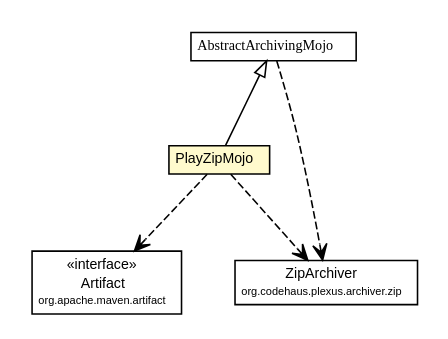
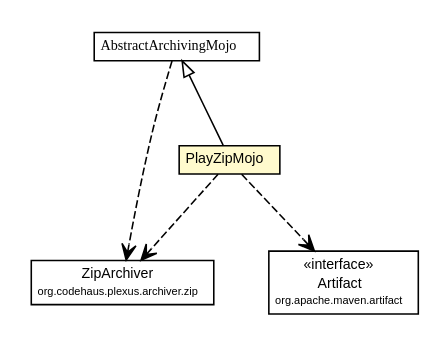
Before and after one commit to play1-maven-plugin/play1-maven-plugin.github.io: the diagram in play1-maven-plugin/1.0.0-beta8-SNAPSHOT/play-maven-plugin/apidocs/com/google/code/play/PlayZipMojo.dot, drawn with Graphviz. The commit also changed 314 other files, not shown here.

Commit message:
"play-maven-plugin" site for version "1.0.0-beta8-SNAPSHOT" updated.

```diff
--- a/play1-maven-plugin/1.0.0-beta8-SNAPSHOT/play-maven-plugin/apidocs/com/google/code/play/PlayZipMojo.dot
+++ b/play1-maven-plugin/1.0.0-beta8-SNAPSHOT/play-maven-plugin/apidocs/com/google/code/play/PlayZipMojo.dot
@@ -1,47 +1,47 @@
 #!/usr/local/bin/dot
 #
 # Class diagram 
 # Generated by UMLGraph version R5_6-24-gf6e263 (http://www.umlgraph.org/)
 #
 
 digraph G {
 	edge [fontname="arial",fontsize=10,labelfontname="arial",labelfontsize=10];
 	node [fontname="arial",fontsize=10,shape=plaintext];
 	nodesep=0.25;
 	ranksep=0.5;
 	// com.google.code.play.PlayZipMojo
 	c1276 [label=<<table title="com.google.code.play.PlayZipMojo" border="0" cellborder="1" cellspacing="0" cellpadding="2" port="p" bgcolor="lemonChiffon" href="./PlayZipMojo.html">
 		<tr><td><table border="0" cellspacing="0" cellpadding="1">
 <tr><td align="center" balign="center"> PlayZipMojo </td></tr>
 		</table></td></tr>
 		</table>>, URL="./PlayZipMojo.html", fontname="arial", fontcolor="black", fontsize=9.0];
 	// com.google.code.play.AbstractArchivingMojo
 	c1305 [label=<<table title="com.google.code.play.AbstractArchivingMojo" border="0" cellborder="1" cellspacing="0" cellpadding="2" port="p" href="./AbstractArchivingMojo.html">
 		<tr><td><table border="0" cellspacing="0" cellpadding="1">
 <tr><td align="center" balign="center"><font face="arial italic"> AbstractArchivingMojo </font></td></tr>
 		</table></td></tr>
 		</table>>, URL="./AbstractArchivingMojo.html", fontname="arial", fontcolor="black", fontsize=9.0];
 	//com.google.code.play.PlayZipMojo extends com.google.code.play.AbstractArchivingMojo
 	c1305:p -> c1276:p [dir=back,arrowtail=empty];
+	// com.google.code.play.PlayZipMojo DEPEND org.codehaus.plexus.archiver.zip.ZipArchiver
+	c1276:p -> c1308:p [taillabel="", label="", headlabel="", fontname="arial", fontcolor="black", fontsize=10.0, color="black", arrowhead=open, style=dashed];
 	// com.google.code.play.PlayZipMojo DEPEND org.apache.maven.artifact.Artifact
-	c1276:p -> c1308:p [taillabel="", label="", headlabel="", fontname="arial", fontcolor="black", fontsize=10.0, color="black", arrowhead=open, style=dashed];
-	// com.google.code.play.PlayZipMojo DEPEND org.codehaus.plexus.archiver.zip.ZipArchiver
 	c1276:p -> c1309:p [taillabel="", label="", headlabel="", fontname="arial", fontcolor="black", fontsize=10.0, color="black", arrowhead=open, style=dashed];
 	// com.google.code.play.AbstractArchivingMojo DEPEND org.codehaus.plexus.archiver.zip.ZipArchiver
-	c1305:p -> c1309:p [taillabel="", label="", headlabel="", fontname="arial", fontcolor="black", fontsize=10.0, color="black", arrowhead=open, style=dashed];
+	c1305:p -> c1308:p [taillabel="", label="", headlabel="", fontname="arial", fontcolor="black", fontsize=10.0, color="black", arrowhead=open, style=dashed];
 	// org.apache.maven.artifact.Artifact
-	c1308 [label=<<table title="org.apache.maven.artifact.Artifact" border="0" cellborder="1" cellspacing="0" cellpadding="2" port="p" href="http://maven.apache.org/ref/2.2.1/maven-artifact/apidocs/org/apache/maven/artifact/Artifact.html">
+	c1309 [label=<<table title="org.apache.maven.artifact.Artifact" border="0" cellborder="1" cellspacing="0" cellpadding="2" port="p" href="http://maven.apache.org/ref/2.2.1/maven-artifact/apidocs/org/apache/maven/artifact/Artifact.html">
 		<tr><td><table border="0" cellspacing="0" cellpadding="1">
 <tr><td align="center" balign="center"> &#171;interface&#187; </td></tr>
 <tr><td align="center" balign="center"> Artifact </td></tr>
 <tr><td align="center" balign="center"><font point-size="7.0"> org.apache.maven.artifact </font></td></tr>
 		</table></td></tr>
 		</table>>, URL="http://maven.apache.org/ref/2.2.1/maven-artifact/apidocs/org/apache/maven/artifact/Artifact.html", fontname="arial", fontcolor="black", fontsize=9.0];
 	// org.codehaus.plexus.archiver.zip.ZipArchiver
-	c1309 [label=<<table title="org.codehaus.plexus.archiver.zip.ZipArchiver" border="0" cellborder="1" cellspacing="0" cellpadding="2" port="p">
+	c1308 [label=<<table title="org.codehaus.plexus.archiver.zip.ZipArchiver" border="0" cellborder="1" cellspacing="0" cellpadding="2" port="p" href="http://play1-maven-plugin.github.io/external-apidocs/org/codehaus/plexus/plexus-archiver/3.0.3/org/codehaus/plexus/archiver/zip/ZipArchiver.html">
 		<tr><td><table border="0" cellspacing="0" cellpadding="1">
 <tr><td align="center" balign="center"> ZipArchiver </td></tr>
 <tr><td align="center" balign="center"><font point-size="7.0"> org.codehaus.plexus.archiver.zip </font></td></tr>
 		</table></td></tr>
-		</table>>, URL="null", fontname="arial", fontcolor="black", fontsize=9.0];
+		</table>>, URL="http://play1-maven-plugin.github.io/external-apidocs/org/codehaus/plexus/plexus-archiver/3.0.3/org/codehaus/plexus/archiver/zip/ZipArchiver.html", fontname="arial", fontcolor="black", fontsize=9.0];
 }
```
